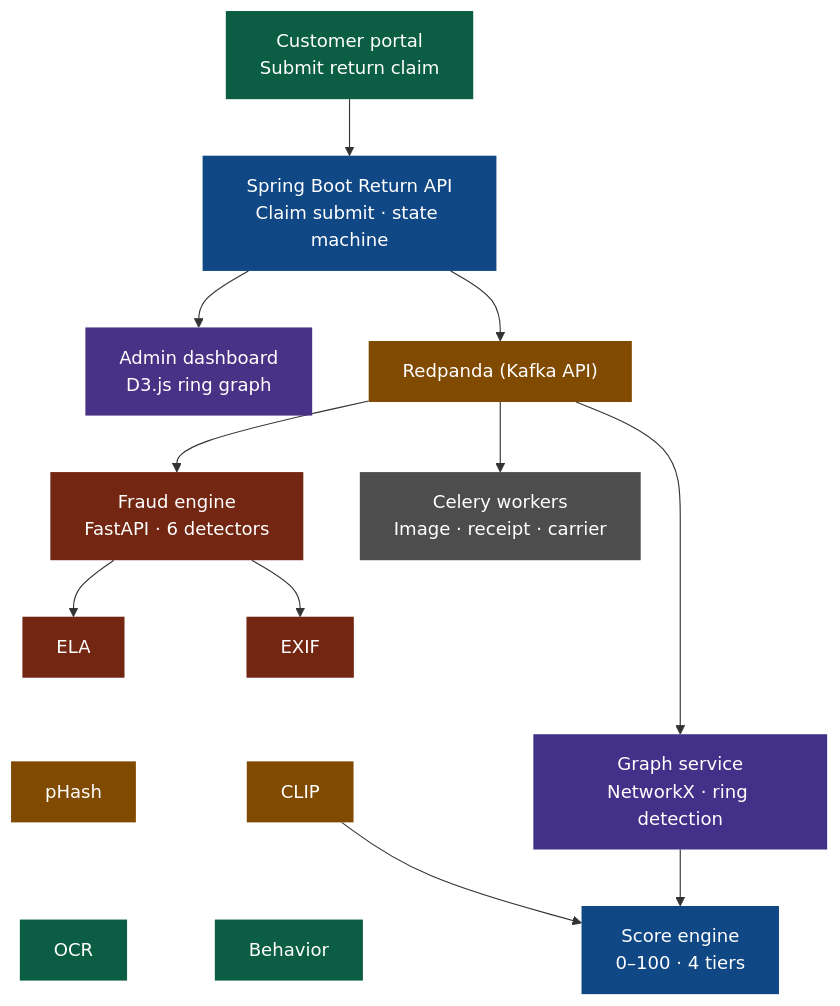
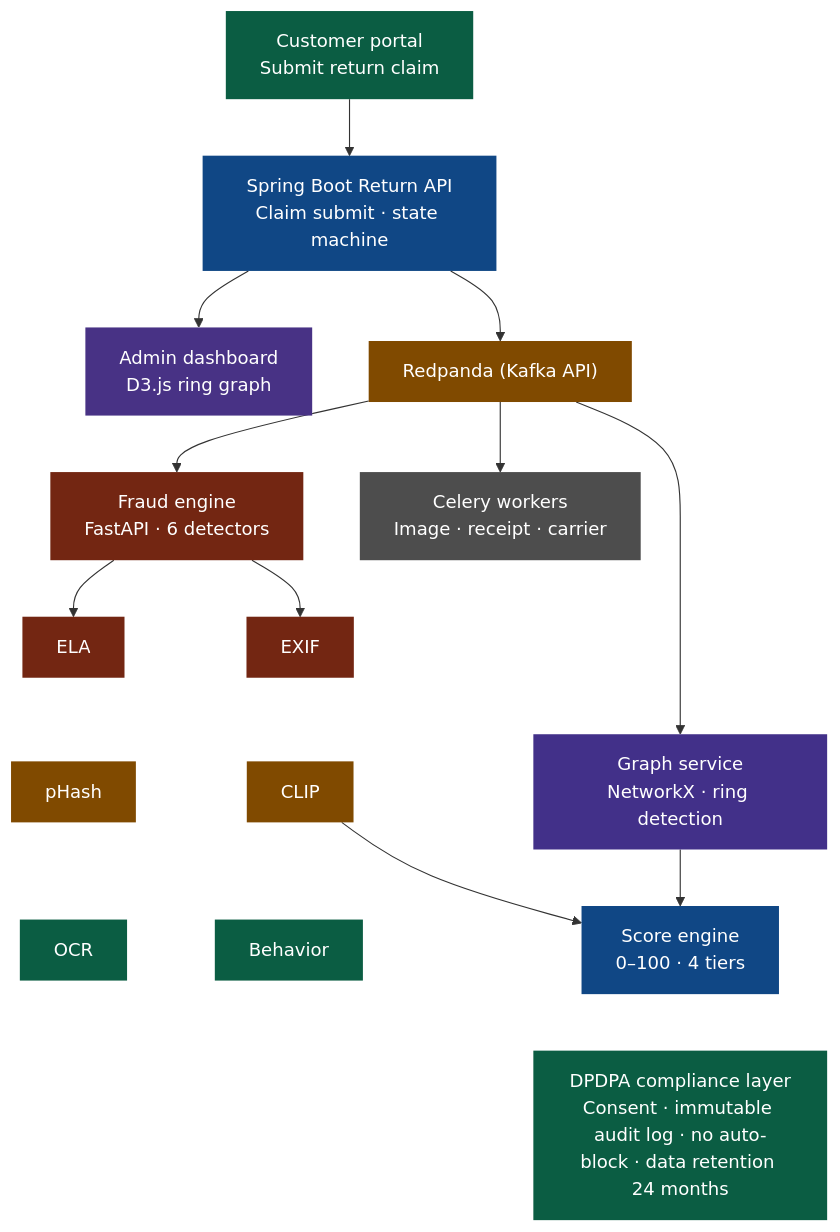
One commit to Gurumurthys1/hackhustle changed the diagram in README.md. Above: the diagram before and after it, drawn with Mermaid.

Commit message:
docs: remove infrastructure layer from architecture diagram

````diff
--- a/README.md
+++ b/README.md
@@ -13,39 +13,41 @@
 ```mermaid
 graph TD
     classDef portal fill:#0B5D43,stroke:none,color:white
     classDef spring fill:#104785,stroke:none,color:white
     classDef admin fill:#483285,stroke:none,color:white
     classDef kafka fill:#804A00,stroke:none,color:white
     classDef fraud fill:#732612,stroke:none,color:white
     classDef graphSvc fill:#423089,stroke:none,color:white
     classDef celery fill:#4D4D4D,stroke:none,color:white
     classDef dpdpa fill:#0B5D43,stroke:none,color:white
     classDef detector fill:#732612,stroke:none,color:white
     classDef detector2 fill:#804A00,stroke:none,color:white
     classDef detector3 fill:#0B5D43,stroke:none,color:white
-    classDef infra fill:#4D4D4D,stroke:none,color:white
-    classDef prom fill:#255A0B,stroke:none,color:white
 
     CP["Customer portal<br/>Submit return claim"]:::portal --> SBOOT["Spring Boot Return API<br/>Claim submit · state machine"]:::spring
     SBOOT --> AD["Admin dashboard<br/>D3.js ring graph"]:::admin
     
     SBOOT --> KAFKA["Redpanda (Kafka API)"]:::kafka
     
     KAFKA --> FE["Fraud engine<br/>FastAPI · 6 detectors"]:::fraud
     KAFKA --> GS["Graph service<br/>NetworkX · ring detection"]:::graphSvc
     KAFKA --> CW["Celery workers<br/>Image · receipt · carrier"]:::celery
     
     %% Aligning the 6 detectors below the Fraud Engine
     FE --> D_ELA["ELA"]:::detector
     FE --> D_EXIF["EXIF"]:::detector
     
     D_ELA ~~~ D_PHASH["pHash"]:::detector2
     D_EXIF ~~~ D_CLIP["CLIP"]:::detector2
     
     D_PHASH ~~~ D_OCR["OCR"]:::detector3
     D_CLIP ~~~ D_BEH["Behavior"]:::detector3
     
     D_CLIP --> SE["Score engine<br/>0–100 · 4 tiers"]:::spring
     GS --> SE
     
+    %% Force vertical alignment
+    SE ~~~ DPDPA
+    
+    DPDPA["DPDPA compliance layer<br/>Consent · immutable audit log · no auto-block · data retention 24 months"]:::dpdpa
 ```
````
